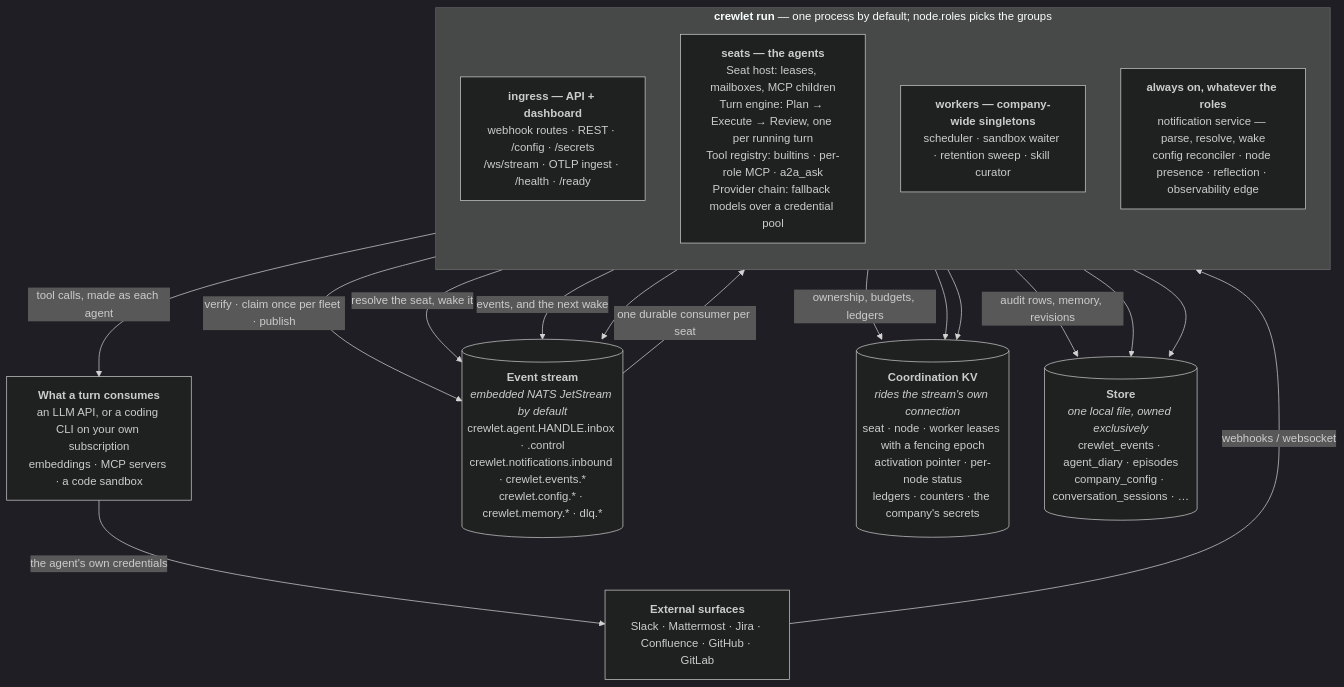
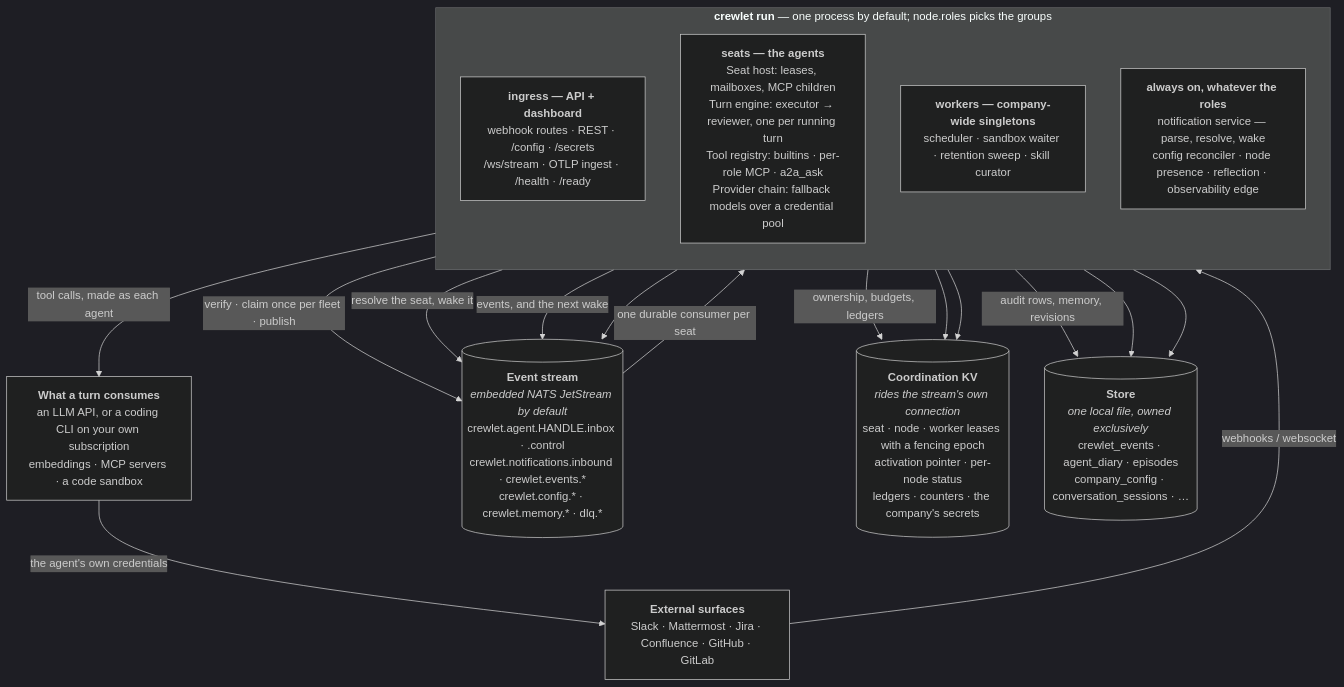
One commit to crewlet/crewlet changed the diagram in docs/concepts/overview.md. Above: the diagram before and after it, drawn with Mermaid (dark theme). The commit also changed other lines of this file and 194 other files, not shown here.

````diff
--- a/docs/concepts/overview.md
+++ b/docs/concepts/overview.md
@@ -56,32 +56,32 @@
 ```mermaid
 flowchart TB
     EXT["<b>External surfaces</b><br/>Slack · Mattermost · Jira · Confluence · GitHub · GitLab"]
     SUPPLY["<b>What a turn consumes</b><br/>an LLM API, or a coding CLI on your own subscription<br/>embeddings · MCP servers · a code sandbox"]
 
     subgraph proc["<b>crewlet run</b> — one process by default; node.roles picks the groups"]
         direction TB
         API["<b>ingress — API + dashboard</b><br/>webhook routes · REST · /config · /secrets<br/>/ws/stream · OTLP ingest · /health · /ready"]
-        SEAT["<b>seats — the agents</b><br/>Seat host: leases, mailboxes, MCP children<br/>Turn engine: Plan → Execute → Review, one per running turn<br/>Tool registry: builtins · per-role MCP · a2a_ask<br/>Provider chain: fallback models over a credential pool"]
+        SEAT["<b>seats — the agents</b><br/>Seat host: leases, mailboxes, MCP children<br/>Turn engine: executor → reviewer, one per running turn<br/>Tool registry: builtins · per-role MCP · a2a_ask<br/>Provider chain: fallback models over a credential pool"]
         DUTY["<b>workers — company-wide singletons</b><br/>scheduler · sandbox waiter · retention sweep · skill curator"]
         CORE["<b>always on, whatever the roles</b><br/>notification service — parse, resolve, wake<br/>config reconciler · node presence · reflection · observability edge"]
     end
 
     STREAM[("<b>Event stream</b><br/><i>embedded NATS JetStream by default</i><br/>crewlet.agent.HANDLE.inbox · .control<br/>crewlet.notifications.inbound · crewlet.events.*<br/>crewlet.config.* · crewlet.memory.* · dlq.*")]
     KV[("<b>Coordination KV</b><br/><i>rides the stream's own connection</i><br/>seat · node · worker leases with a fencing epoch<br/>activation pointer · per-node status<br/>ledgers · counters · the company's secrets")]
     DB[("<b>Store</b><br/><i>one local file, owned exclusively</i><br/>crewlet_events · agent_diary · episodes<br/>company_config · conversation_sessions · …")]
 
     EXT -->|"webhooks / websocket"| API
     API -->|"verify · claim once per fleet · publish"| STREAM
     CORE -->|"resolve the seat, wake it"| STREAM
     STREAM -->|"one durable consumer per seat"| SEAT
     SEAT -->|"tool calls, made as each agent"| SUPPLY
     SUPPLY -->|"the agent's own credentials"| EXT
     SEAT -->|"events, and the next wake"| STREAM
     DUTY --> STREAM
     SEAT -->|"ownership, budgets, ledgers"| KV
     CORE --> KV
     DUTY --> KV
     SEAT -->|"audit rows, memory, revisions"| DB
     CORE --> DB
     API --> DB
 ```
````
